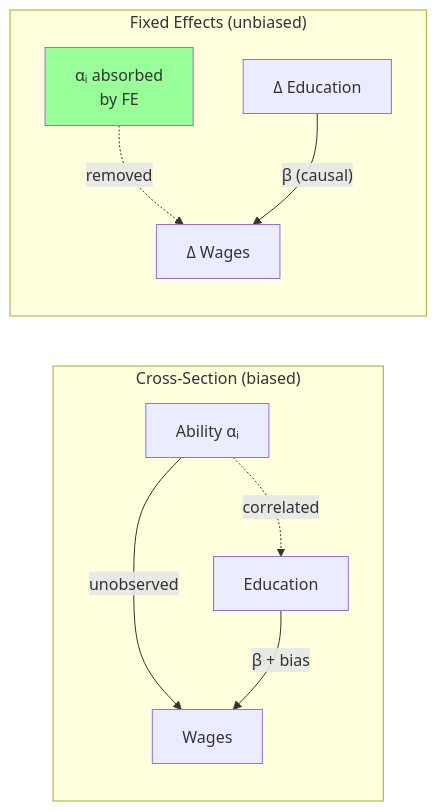
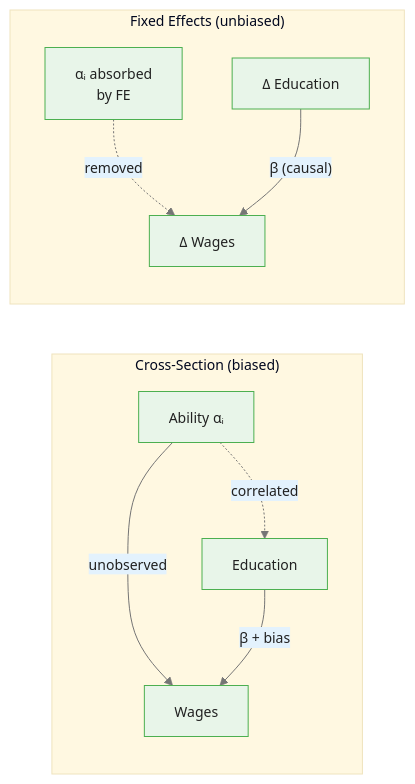
Before and after one commit to m-deane/course-creator: the first of 3 diagrams in courses/panel-regression/modules/module_02_fixed_effects/guides/01_fixed_effects_intuition_slides.md, drawn with Mermaid. The commit also changed other lines of this file and 79 other files, not shown here.

````diff
--- a/courses/panel-regression/modules/module_02_fixed_effects/guides/01_fixed_effects_intuition_slides.md
+++ b/courses/panel-regression/modules/module_02_fixed_effects/guides/01_fixed_effects_intuition_slides.md
@@ -46,13 +60,13 @@
 ```mermaid
+%%{init: {"theme": "base", "themeVariables": {"primaryColor": "#e8f5e9", "primaryBorderColor": "#4caf50", "primaryTextColor": "#212121", "secondaryColor": "#e3f2fd", "tertiaryColor": "#fff8e1", "lineColor": "#757575", "fontFamily": "Inter, sans-serif", "fontSize": "14px"}}}%%
 flowchart LR
     subgraph "Cross-Section (biased)"
         A1["Ability αᵢ"] -->|"unobserved"| Y1["Wages"]
         A1 -.->|"correlated"| X1["Education"]
         X1 -->|"β + bias"| Y1
     end
     subgraph "Fixed Effects (unbiased)"
         A2["αᵢ absorbed<br/>by FE"] -.->|"removed"| Y2["Δ Wages"]
         X2["Δ Education"] -->|"β (causal)"| Y2
-        style A2 fill:#9f9
-    end
+            end
 ```
````
